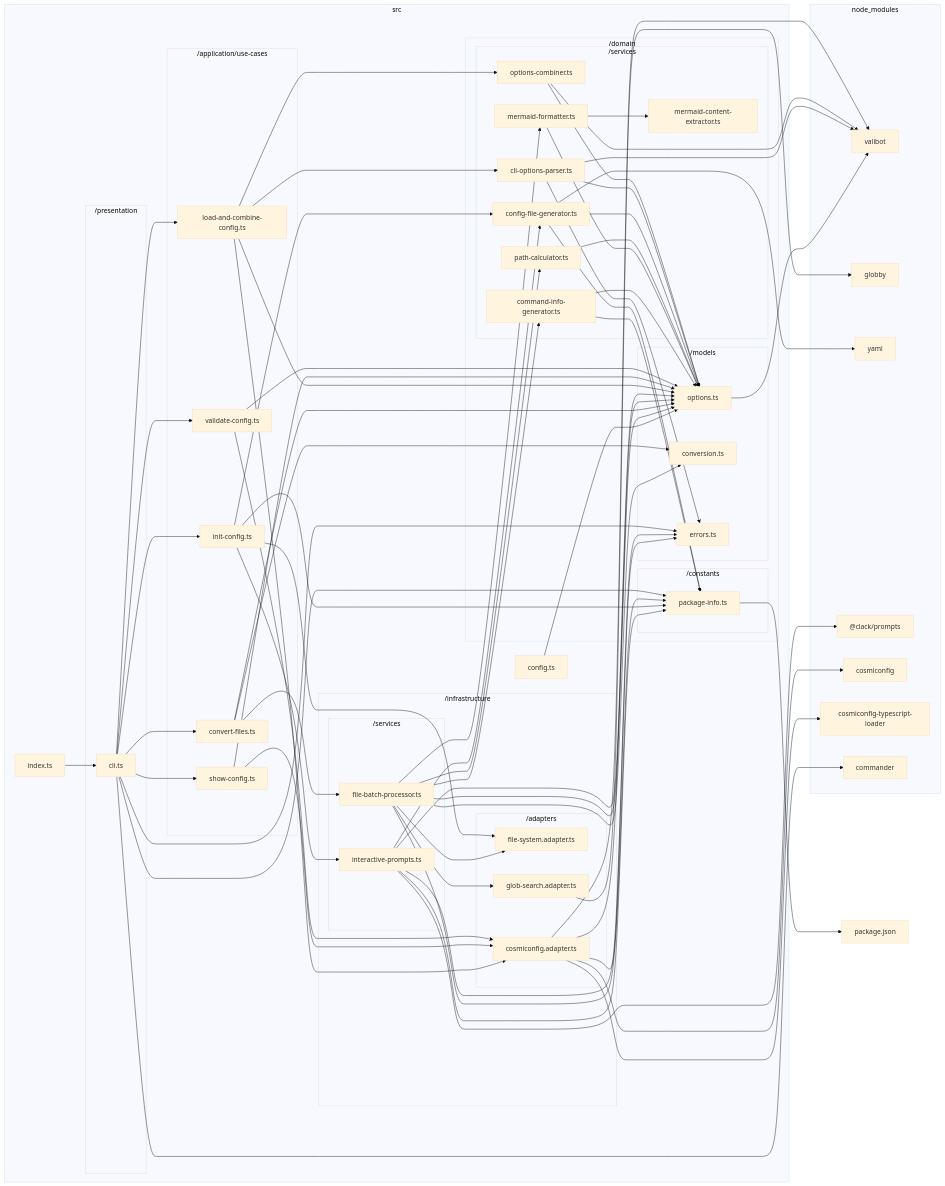
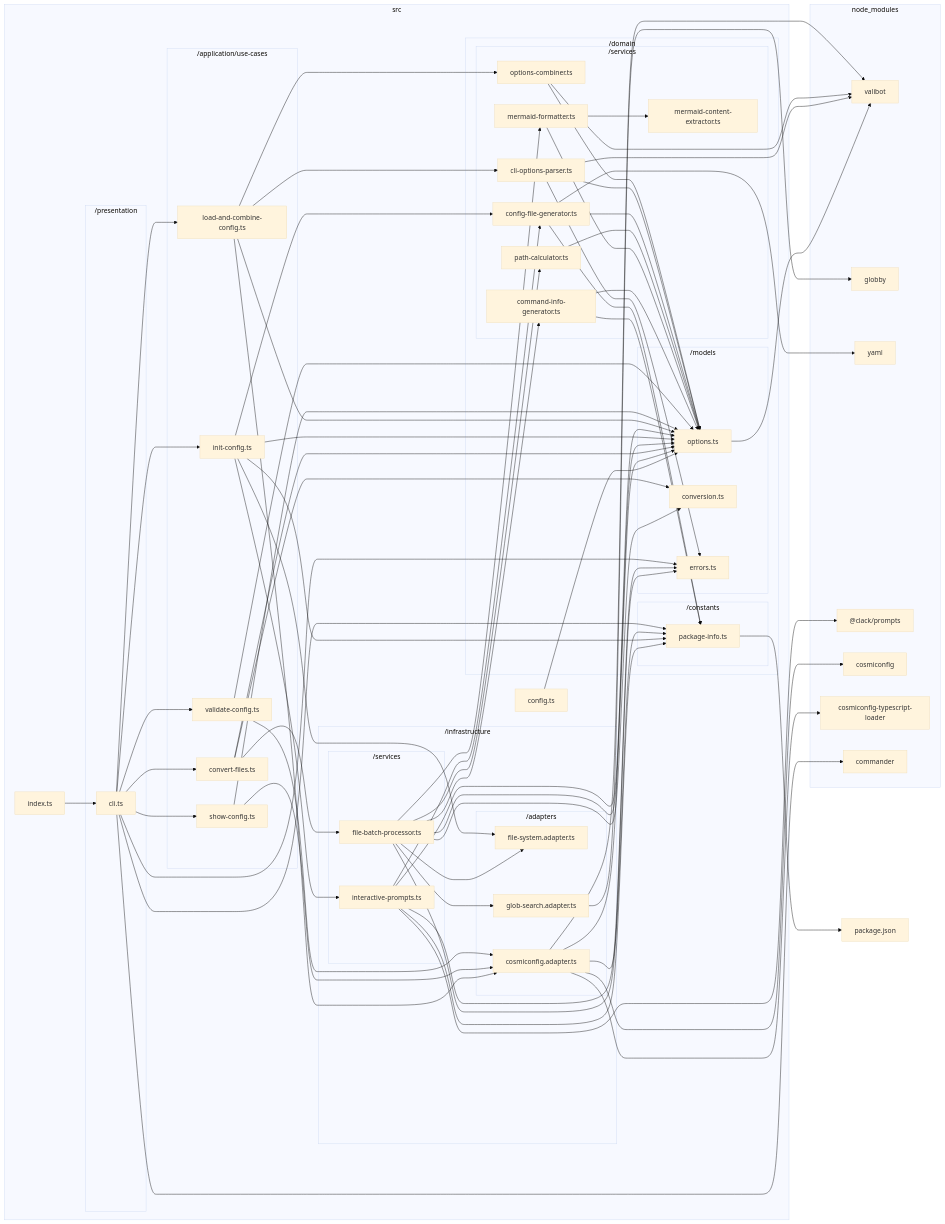
The diagram in docs/reports/dependencies/deps-graph.md (sugurutakahashi-1234/mermaid-markdown-wrap), drawn with Mermaid (base theme) before and after one commit. The commit also changed 22 other files, not shown here.

```diff
--- a/docs/reports/dependencies/deps-graph.md
+++ b/docs/reports/dependencies/deps-graph.md
@@ -88,6 +88,7 @@
     src/infrastructure/services/interactive//prompts.ts-->src/domain/models/options.ts
     src/infrastructure/services/interactive//prompts.ts-->src/domain/services/config//file//generator.ts
     src/application/use//cases/init//config.ts-->src/domain/constants/package//info.ts
+    src/application/use//cases/init//config.ts-->src/domain/models/options.ts
     src/application/use//cases/init//config.ts-->src/domain/services/config//file//generator.ts
     src/application/use//cases/init//config.ts-->src/infrastructure/adapters/file//system.adapter.ts
     src/application/use//cases/init//config.ts-->src/infrastructure/services/interactive//prompts.ts
```
